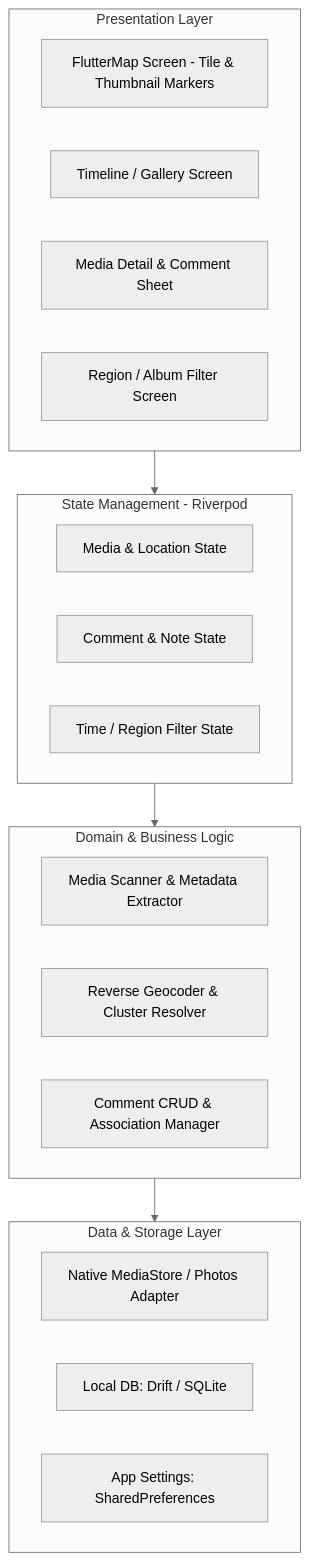
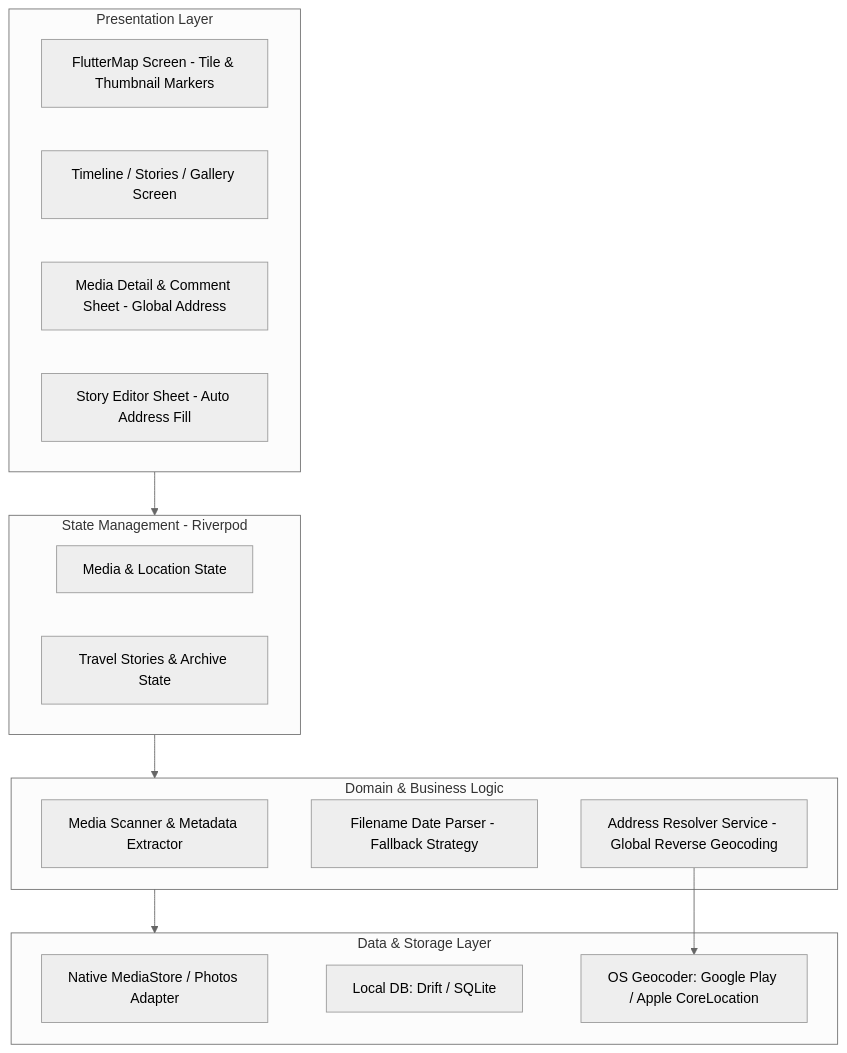
One commit to SungminPark-FLOYD/Travler changed the diagram in docs/ARCHITECTURE.md. Above: the diagram before and after it, drawn with Mermaid (neutral theme). The commit also changed other lines of this file and 7 other files, not shown here.

Commit message:
feat: implement global reverse geocoding and filename date fallback

````diff
--- a/docs/ARCHITECTURE.md
+++ b/docs/ARCHITECTURE.md
@@ -18,31 +20,31 @@
 ```mermaid
 graph TD
     subgraph UI_Layer [Presentation Layer]
         MapScreen[FlutterMap Screen - Tile & Thumbnail Markers]
-        TimelineScreen[Timeline / Gallery Screen]
-        DetailScreen[Media Detail & Comment Sheet]
-        FolderScreen[Region / Album Filter Screen]
+        TimelineScreen[Timeline / Stories / Gallery Screen]
+        DetailSheet[Media Detail & Comment Sheet - Global Address]
+        StoryEditor[Story Editor Sheet - Auto Address Fill]
     end
 
     subgraph State_Layer [State Management - Riverpod]
         MediaProvider[Media & Location State]
-        CommentProvider[Comment & Note State]
-        FilterProvider[Time / Region Filter State]
+        StoryProvider[Travel Stories & Archive State]
     end
 
     subgraph Domain_Layer [Domain & Business Logic]
         ScanUseCase[Media Scanner & Metadata Extractor]
-        GeoUseCase[Reverse Geocoder & Cluster Resolver]
-        CommentUseCase[Comment CRUD & Association Manager]
+        DateParser[Filename Date Parser - Fallback Strategy]
+        GeoService[Address Resolver Service - Global Reverse Geocoding]
     end
 
     subgraph Data_Layer [Data & Storage Layer]
         PhotoManagerAdapter[Native MediaStore / Photos Adapter]
         LocalDatabase[Local DB: Drift / SQLite]
-        PrefStorage[App Settings: SharedPreferences]
+        NativeGeocoder[OS Geocoder: Google Play / Apple CoreLocation]
     end
 
     UI_Layer --> State_Layer
     State_Layer --> Domain_Layer
     Domain_Layer --> Data_Layer
+    GeoService --> NativeGeocoder
 ```
````
